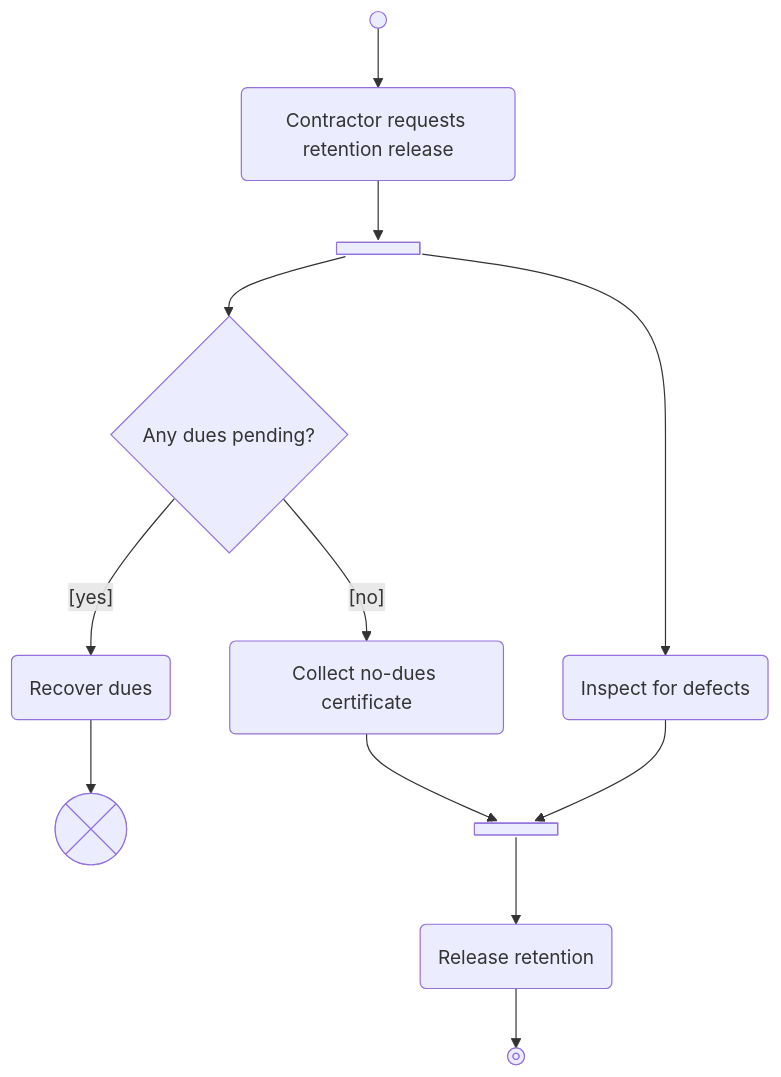
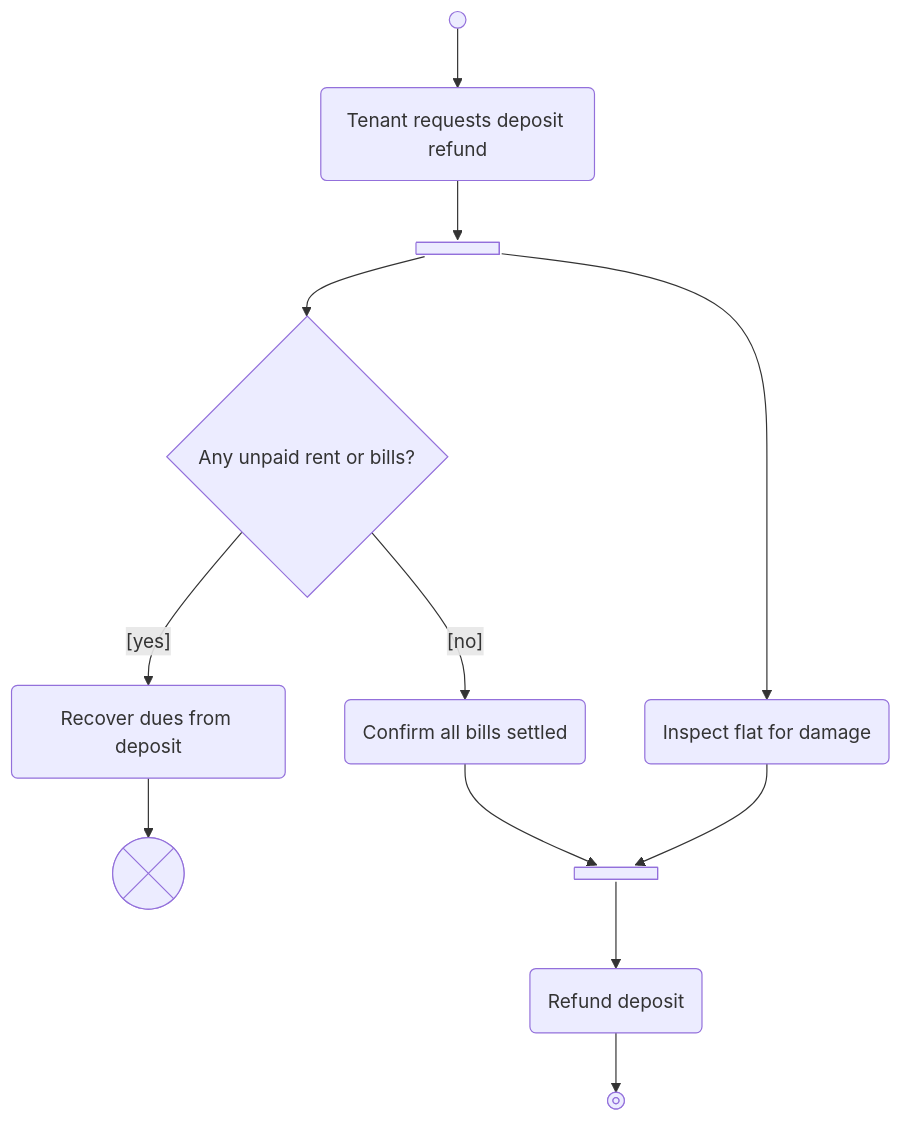
One commit to rizwi0786/system-design-lab changed the eighth of 8 diagrams in content/lessons/m05/m05-activity-diagrams.md. Above: the diagram before and after it, drawn with Mermaid. The commit also changed other lines of this file and 334 other files, not shown here.

````diff
--- a/content/lessons/m05/m05-activity-diagrams.md
+++ b/content/lessons/m05/m05-activity-diagrams.md
@@ -1552,20 +1562,20 @@
 ```mermaid
 flowchart TD
     start@{ shape: sm-circ }
-    req("Contractor requests retention release")
+    req("Tenant requests deposit refund")
     f1@{ shape: fork }
-    defects("Inspect for defects")
-    dues{"Any dues pending?"}
-    recover("Recover dues")
+    inspect("Inspect flat for damage")
+    dues{"Any unpaid rent or bills?"}
+    recover("Recover dues from deposit")
     ff@{ shape: cross-circ }
-    clearance("Collect no-dues certificate")
+    clearance("Confirm all bills settled")
     j1@{ shape: fork }
-    release("Release retention")
+    refund("Refund deposit")
     done@{ shape: framed-circle }
     start --> req --> f1
-    f1 --> defects --> j1
+    f1 --> inspect --> j1
     f1 --> dues
     dues -->|"[yes]"| recover --> ff
     dues -->|"[no]"| clearance --> j1
-    j1 --> release --> done
+    j1 --> refund --> done
 ```
````
